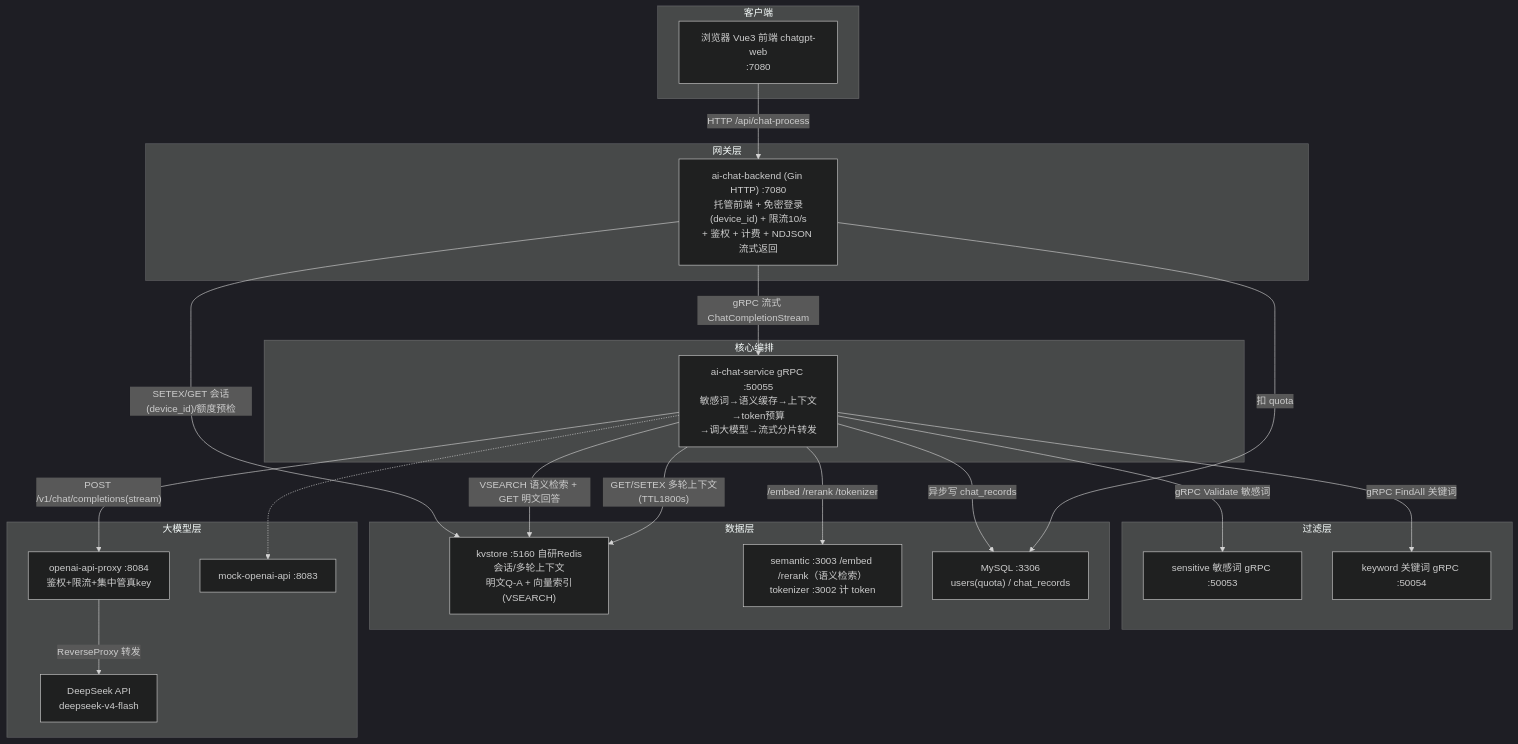
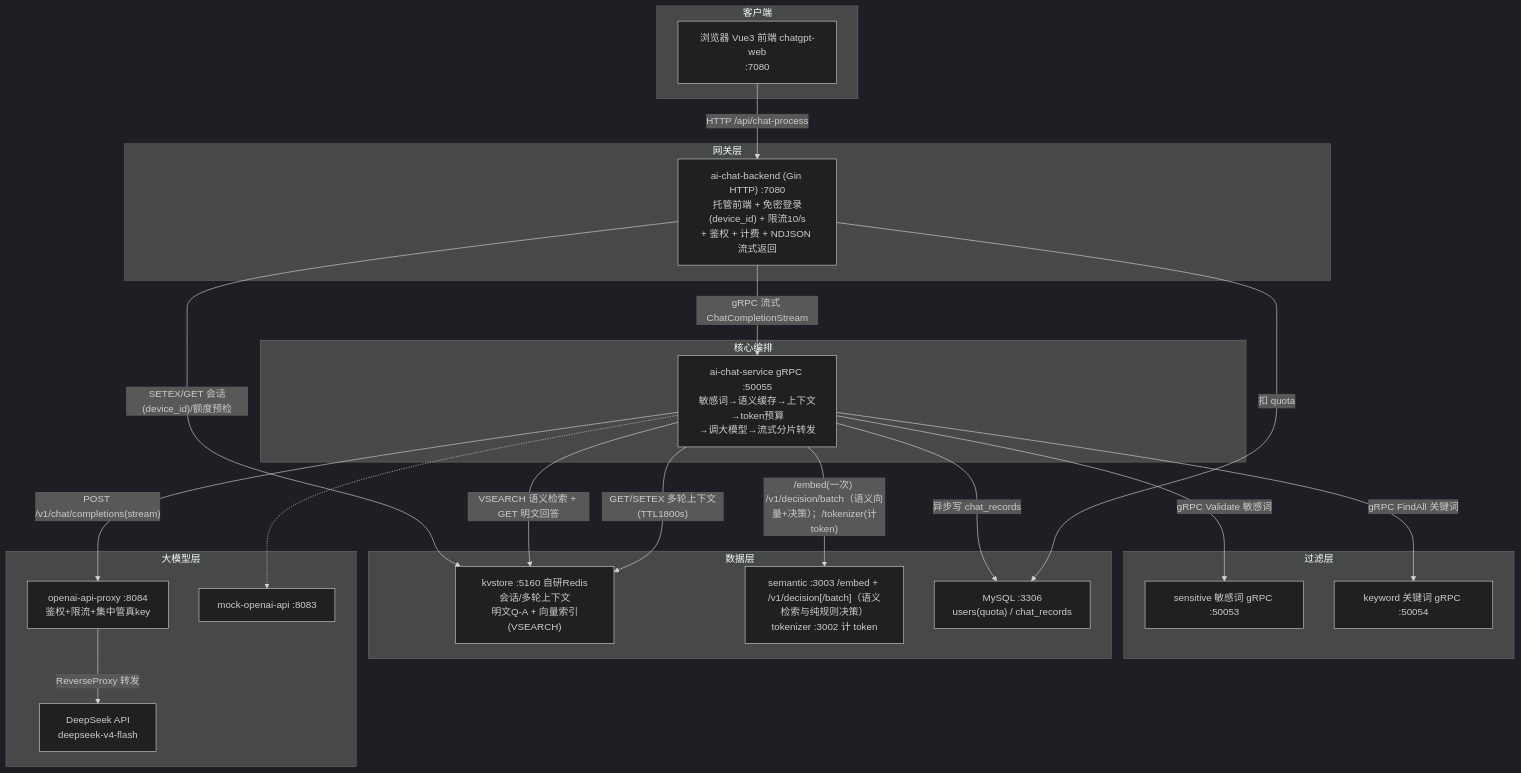
The first of 3 diagrams in docs/项目文档/04-业务应用.md (robotlover-1/ECHO-CHAT), drawn with Mermaid (dark theme) before and after one commit. The commit also changed other lines of this file and 1 other file, not shown here.

````diff
--- a/docs/项目文档/04-业务应用.md
+++ b/docs/项目文档/04-业务应用.md
@@ -62,45 +62,45 @@
 ```mermaid
 flowchart TB
     subgraph 客户端
         A["浏览器 Vue3 前端 chatgpt-web<br/>:7080"]
     end
 
     subgraph 网关层
         B["ai-chat-backend (Gin HTTP) :7080<br/>托管前端 + 免密登录(device_id) + 限流10/s<br/>+ 鉴权 + 计费 + NDJSON 流式返回"]
     end
 
     subgraph 核心编排
         C["ai-chat-service gRPC :50055<br/>敏感词→语义缓存→上下文→token预算<br/>→调大模型→流式分片转发"]
     end
 
     subgraph 过滤层
         D["sensitive 敏感词 gRPC :50053"]
         E["keyword 关键词 gRPC :50054"]
     end
 
     subgraph 数据层
         KV["kvstore :5160 自研Redis<br/>会话/多轮上下文<br/>明文Q-A + 向量索引(VSEARCH)"]
-        T["semantic :3003 /embed /rerank（语义检索）<br/>tokenizer :3002 计 token"]
+        T["semantic :3003 /embed + /v1/decision[/batch]（语义检索与纯规则决策）<br/>tokenizer :3002 计 token"]
         M["MySQL :3306<br/>users(quota) / chat_records"]
     end
 
     subgraph 大模型层
         P["openai-api-proxy :8084<br/>鉴权+限流+集中管真key"]
         RL["DeepSeek API<br/>deepseek-v4-flash"]
         MK["mock-openai-api :8083"]
     end
 
     A -- "HTTP /api/chat-process" --> B
     B -- "gRPC 流式 ChatCompletionStream" --> C
     B -- "SETEX/GET 会话(device_id)/额度预检" --> KV
     C -- "gRPC Validate 敏感词" --> D
     C -- "gRPC FindAll 关键词" --> E
     C -- "VSEARCH 语义检索 + GET 明文回答" --> KV
     C -- "GET/SETEX 多轮上下文(TTL1800s)" --> KV
-    C -- "/embed /rerank /tokenizer" --> T
+    C -- "/embed(一次) /v1/decision/batch（语义向量+决策）；/tokenizer(计token)" --> T
     C -- "POST /v1/chat/completions(stream)" --> P
     C -- "异步写 chat_records" --> M
     B -- "扣 quota" --> M
     P -- "ReverseProxy 转发" --> RL
     C -.-> MK
 ```
````
